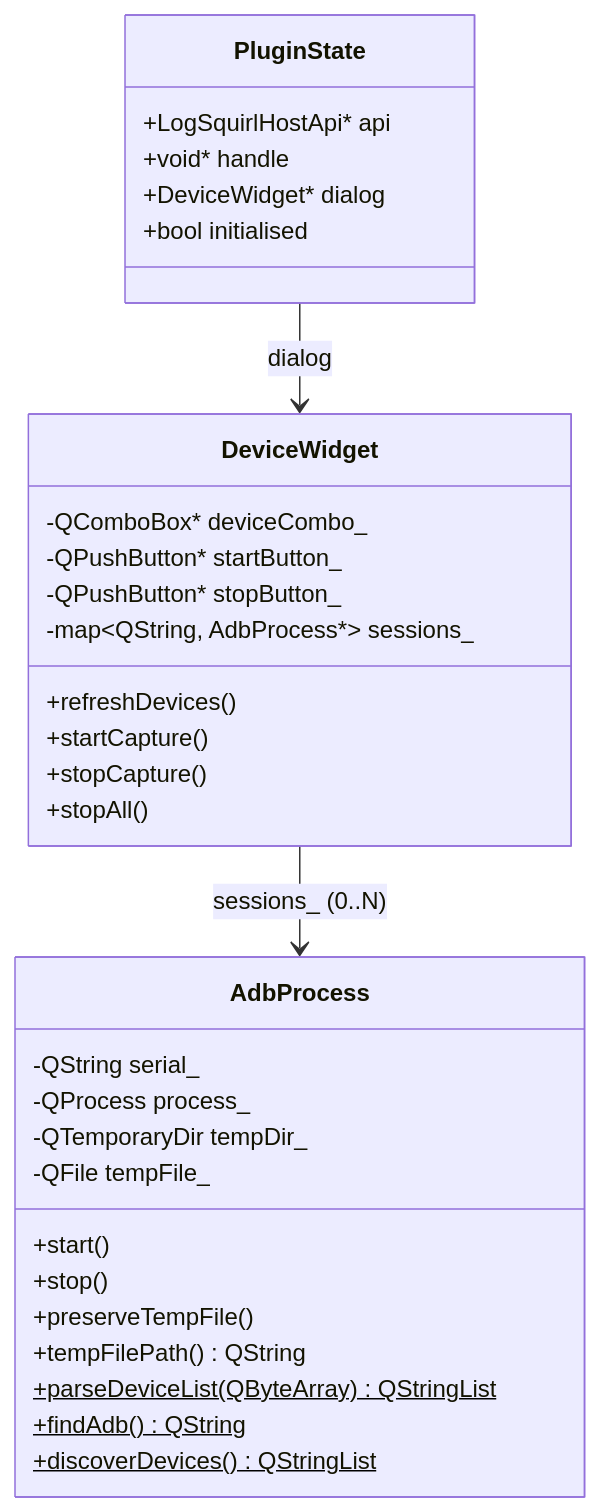
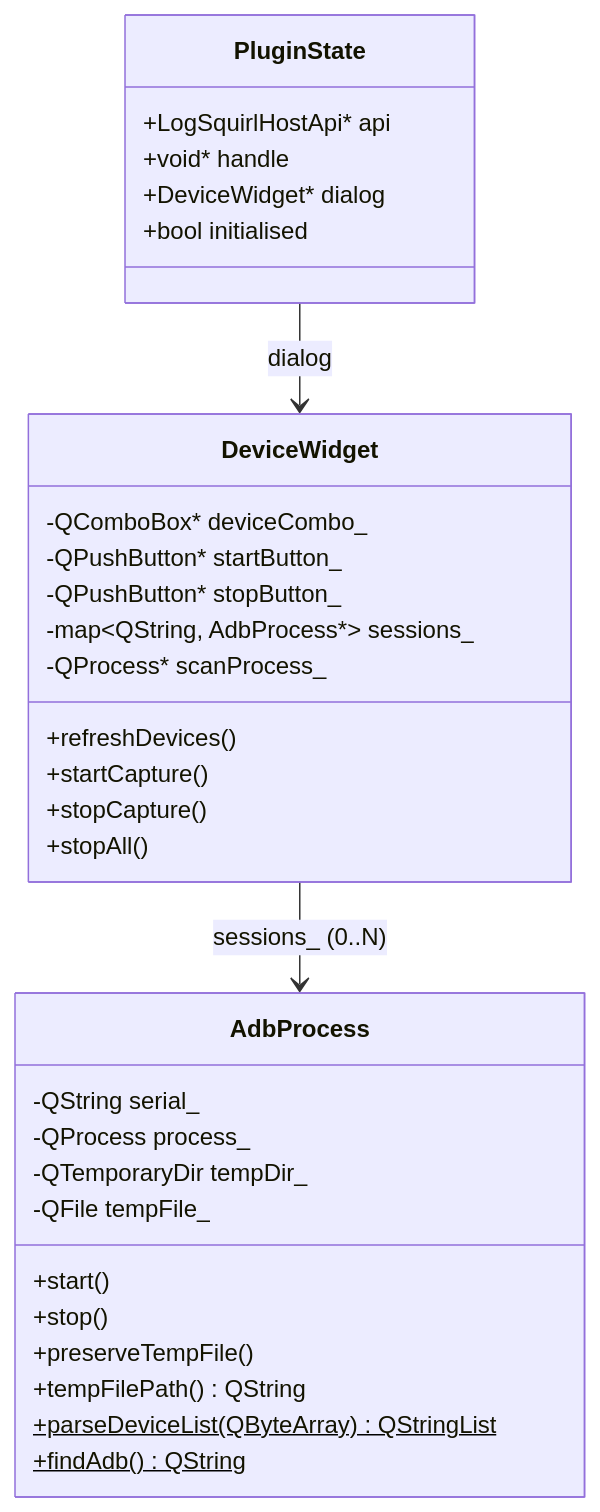
Before and after one commit to 64x-lunicorn/LogSquirl-Logcat: the second of 2 diagrams in docs/DEVELOPER_GUIDE.md, drawn with Mermaid. The commit also changed 21 other files, not shown here.

````diff
--- a/docs/DEVELOPER_GUIDE.md
+++ b/docs/DEVELOPER_GUIDE.md
@@ -319,37 +319,37 @@
 ```mermaid
 classDiagram
     class PluginState {
         +LogSquirlHostApi* api
         +void* handle
         +DeviceWidget* dialog
         +bool initialised
     }
 
     class DeviceWidget {
         -QComboBox* deviceCombo_
         -QPushButton* startButton_
         -QPushButton* stopButton_
         -map~QString, AdbProcess*~ sessions_
+        -QProcess* scanProcess_
         +refreshDevices()
         +startCapture()
         +stopCapture()
         +stopAll()
     }
 
     class AdbProcess {
         -QString serial_
         -QProcess process_
         -QTemporaryDir tempDir_
         -QFile tempFile_
         +start()
         +stop()
         +preserveTempFile()
         +tempFilePath() QString
         +parseDeviceList(QByteArray)$ QStringList
         +findAdb()$ QString
-        +discoverDevices()$ QStringList
     }
 
     PluginState --> DeviceWidget : dialog
     DeviceWidget --> AdbProcess : sessions_ (0..N)
 ```
````
